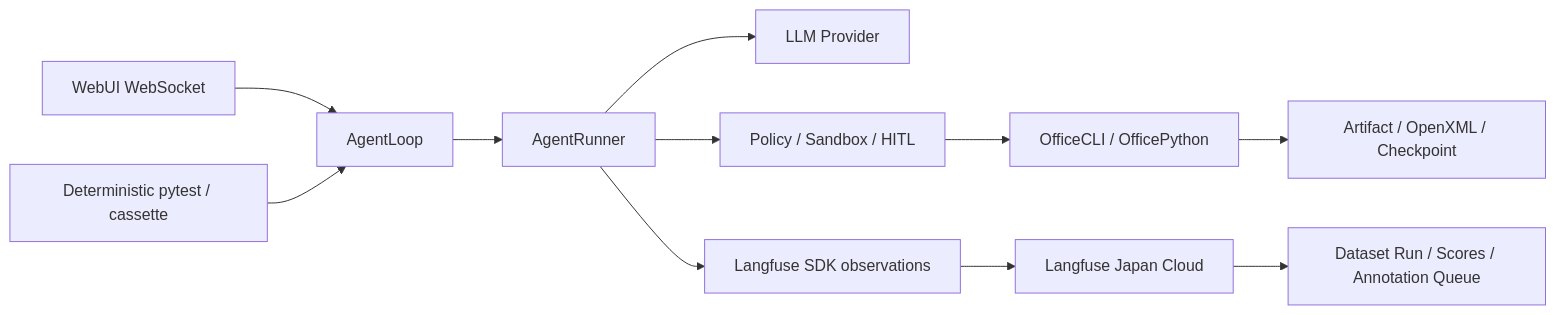
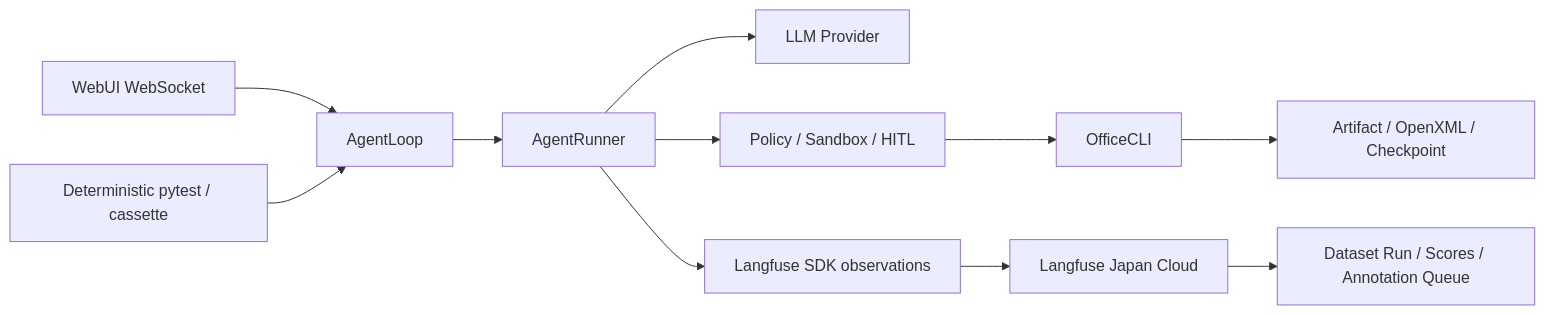
Before and after one commit to BlazeH-dev/Mybot: the diagram in README.md, drawn with Mermaid. The commit also changed other lines of this file and 76 other files, not shown here.

````diff
--- a/README.md
+++ b/README.md
@@ -48,13 +48,13 @@
 ```mermaid
 flowchart LR
     UI[WebUI WebSocket] --> Loop[AgentLoop]
     Loop --> Runner[AgentRunner]
     Runner --> Provider[LLM Provider]
     Runner --> Policy[Policy / Sandbox / HITL]
-    Policy --> Skills[OfficeCLI / OfficePython]
+    Policy --> Skills[OfficeCLI]
     Skills --> Artifacts[Artifact / OpenXML / Checkpoint]
     Runner --> Obs[Langfuse SDK observations]
     Obs --> Cloud[Langfuse Japan Cloud]
     Cloud --> Eval[Dataset Run / Scores / Annotation Queue]
     CI[Deterministic pytest / cassette] --> Loop
 ```
````
